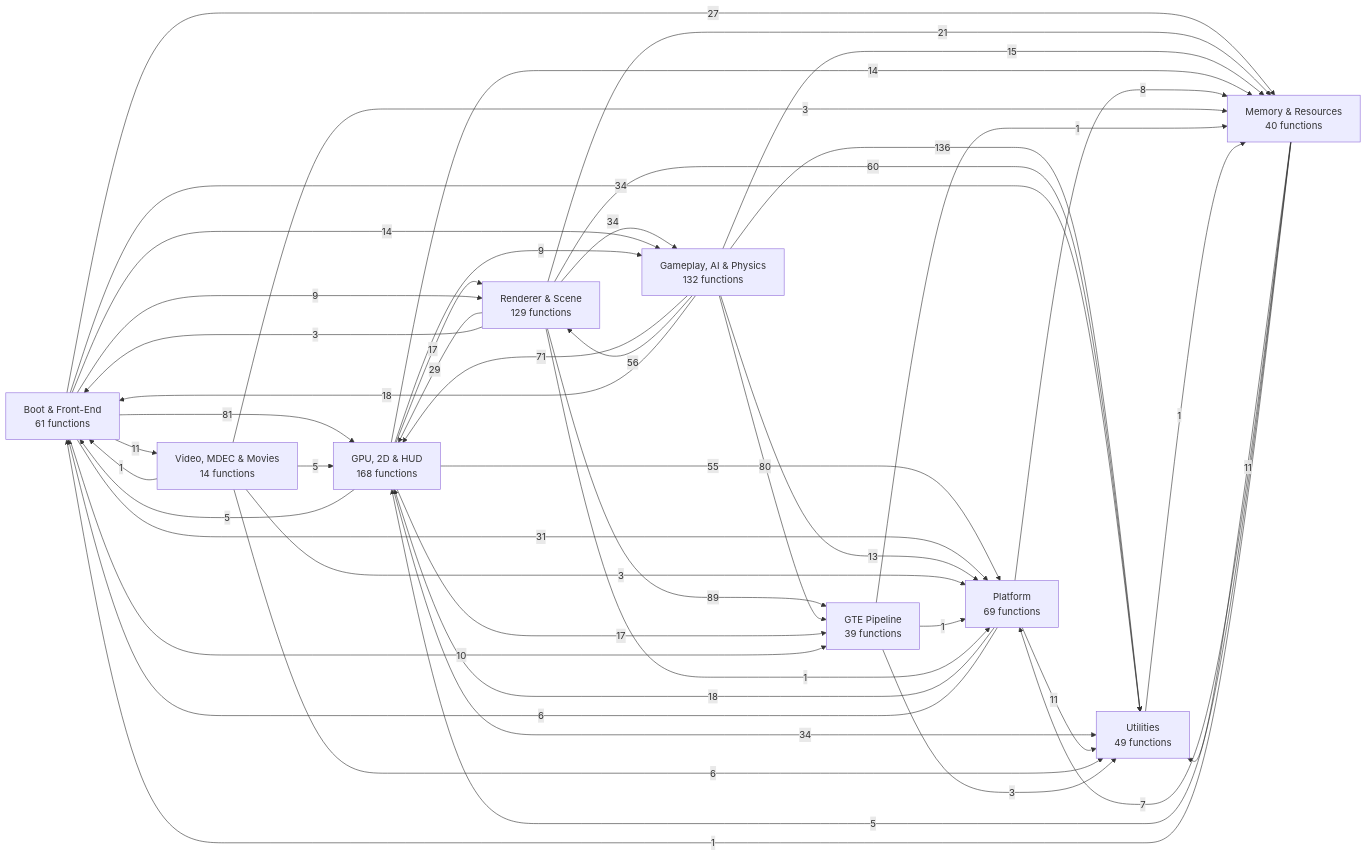
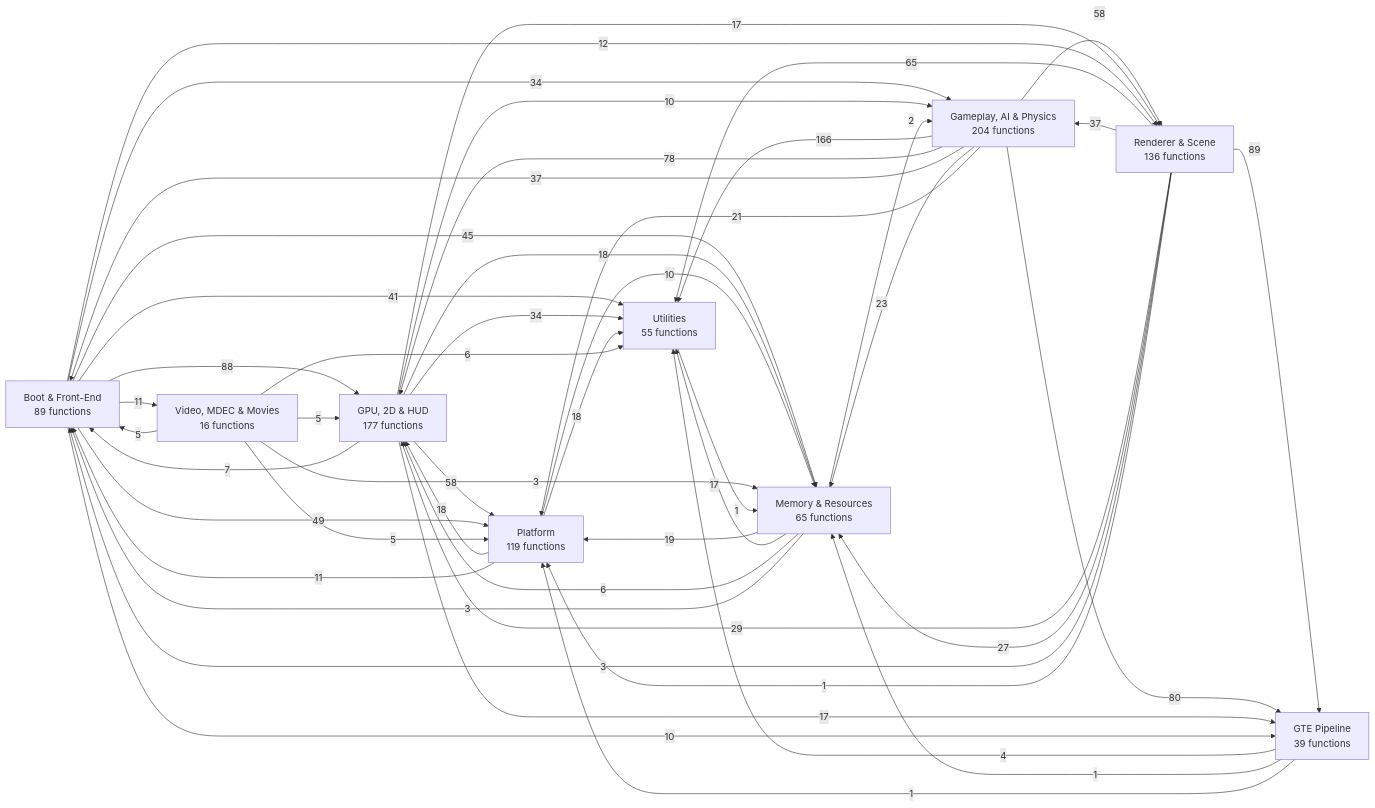
The first of 11 diagrams in docs/FUNCTION_MAP.md (kai-luni/Future-Cop-L.A.P.D-PS1), drawn with Mermaid before and after one commit. The commit also changed other lines of this file, not shown here.

````diff
--- a/docs/FUNCTION_MAP.md
+++ b/docs/FUNCTION_MAP.md
@@ -13,58 +13,59 @@
 ```mermaid
 graph LR
-    g0["Boot & Front-End<br/>61 functions"]
-    g1["Memory & Resources<br/>40 functions"]
-    g2["Video, MDEC & Movies<br/>14 functions"]
+    g0["Boot & Front-End<br/>89 functions"]
+    g1["Memory & Resources<br/>65 functions"]
+    g2["Video, MDEC & Movies<br/>16 functions"]
     g3["GTE Pipeline<br/>39 functions"]
-    g4["Renderer & Scene<br/>129 functions"]
-    g5["GPU, 2D & HUD<br/>168 functions"]
-    g6["Gameplay, AI & Physics<br/>132 functions"]
-    g7["Platform<br/>69 functions"]
-    g8["Utilities<br/>49 functions"]
-    g6 -->|136| g8
+    g4["Renderer & Scene<br/>136 functions"]
+    g5["GPU, 2D & HUD<br/>177 functions"]
+    g6["Gameplay, AI & Physics<br/>204 functions"]
+    g7["Platform<br/>119 functions"]
+    g8["Utilities<br/>55 functions"]
+    g6 -->|166| g8
     g4 -->|89| g3
-    g0 -->|81| g5
+    g0 -->|88| g5
     g6 -->|80| g3
-    g6 -->|71| g5
-    g4 -->|60| g8
-    g6 -->|56| g4
-    g5 -->|55| g7
-    g0 -->|34| g8
+    g6 -->|78| g5
+    g4 -->|65| g8
+    g5 -->|58| g7
+    g6 -->|58| g4
+    g0 -->|49| g7
+    g0 -->|45| g1
+    g0 -->|41| g8
+    g6 -->|37| g0
+    g4 -->|37| g6
+    g0 -->|34| g6
     g5 -->|34| g8
-    g4 -->|34| g6
-    g0 -->|31| g7
     g4 -->|29| g5
-    g0 -->|27| g1
-    g4 -->|21| g1
-    g6 -->|18| g0
+    g4 -->|27| g1
+    g6 -->|23| g1
+    g6 -->|21| g7
+    g1 -->|19| g7
+    g5 -->|18| g1
     g7 -->|18| g5
+    g7 -->|18| g8
     g5 -->|17| g3
     g5 -->|17| g4
-    g6 -->|15| g1
-    g0 -->|14| g6
-    g5 -->|14| g1
-    g6 -->|13| g7
+    g1 -->|17| g8
+    g0 -->|12| g4
     g0 -->|11| g2
-    g1 -->|11| g8
-    g7 -->|11| g8
+    g7 -->|11| g0
     g0 -->|10| g3
-    g0 -->|9| g4
-    g5 -->|9| g6
-    g7 -->|8| g1
-    g1 -->|7| g7
-    g7 -->|6| g0
+    g5 -->|10| g6
+    g7 -->|10| g1
+    g5 -->|7| g0
+    g1 -->|6| g5
     g2 -->|6| g8
-    g5 -->|5| g0
-    g1 -->|5| g5
+    g2 -->|5| g0
     g2 -->|5| g5
-    g3 -->|3| g8
+    g2 -->|5| g7
+    g3 -->|4| g8
+    g1 -->|3| g0
     g4 -->|3| g0
     g2 -->|3| g1
-    g2 -->|3| g7
+    g1 -->|2| g6
     g3 -->|1| g1
     g3 -->|1| g7
-    g1 -->|1| g0
     g4 -->|1| g7
     g8 -->|1| g1
-    g2 -->|1| g0
 ```
````
